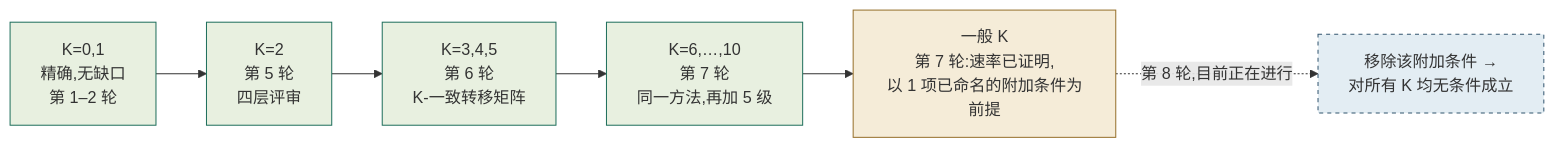
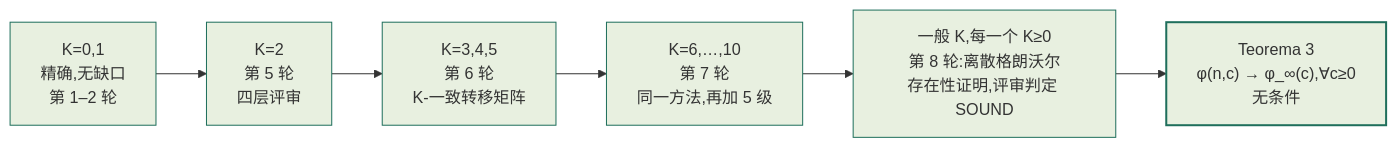
Before and after one commit to dougdotcon/TamesisTheoryCompleteResearchArchive: the second of 4 diagrams in README_ZH.md, drawn with Mermaid. The commit also changed other lines of this file and 9 other files, not shown here.

````diff
--- a/README_ZH.md
+++ b/README_ZH.md
@@ -78,14 +78,14 @@
 ```mermaid
 flowchart LR
     K01["K=0,1<br/>精确,无缺口<br/>第 1–2 轮"] --> K2["K=2<br/>第 5 轮<br/>四层评审"]
     K2 --> K345["K=3,4,5<br/>第 6 轮<br/>K-一致转移矩阵"]
     K345 --> K610["K=6,…,10<br/>第 7 轮<br/>同一方法,再加 5 级"]
-    K610 --> Kgen["一般 K<br/>第 7 轮:速率已证明,<br/>以 1 项已命名的附加条件为前提"]
-    Kgen -.->|"第 8 轮,目前正在进行"| Close["移除该附加条件 →<br/>对所有 K 均无条件成立"]
+    K610 --> Kgen["一般 K,每一个 K≥0<br/>第 8 轮:离散格朗沃尔<br/>存在性证明,评审判定 SOUND"]
+    Kgen --> Teo3["Teorema 3<br/>φ(n,c) → φ_∞(c),∀c≥0<br/>无条件"]
     style K01 fill:#e8f0e0,stroke:#1f6f5c
     style K2 fill:#e8f0e0,stroke:#1f6f5c
     style K345 fill:#e8f0e0,stroke:#1f6f5c
     style K610 fill:#e8f0e0,stroke:#1f6f5c
-    style Kgen fill:#f5ecd8,stroke:#96702a
-    style Close fill:#e3edf3,stroke:#33566f,stroke-dasharray: 4 4
+    style Kgen fill:#e8f0e0,stroke:#1f6f5c
+    style Teo3 fill:#e8f0e0,stroke:#1f6f5c,stroke-width:2px
 ```
````
